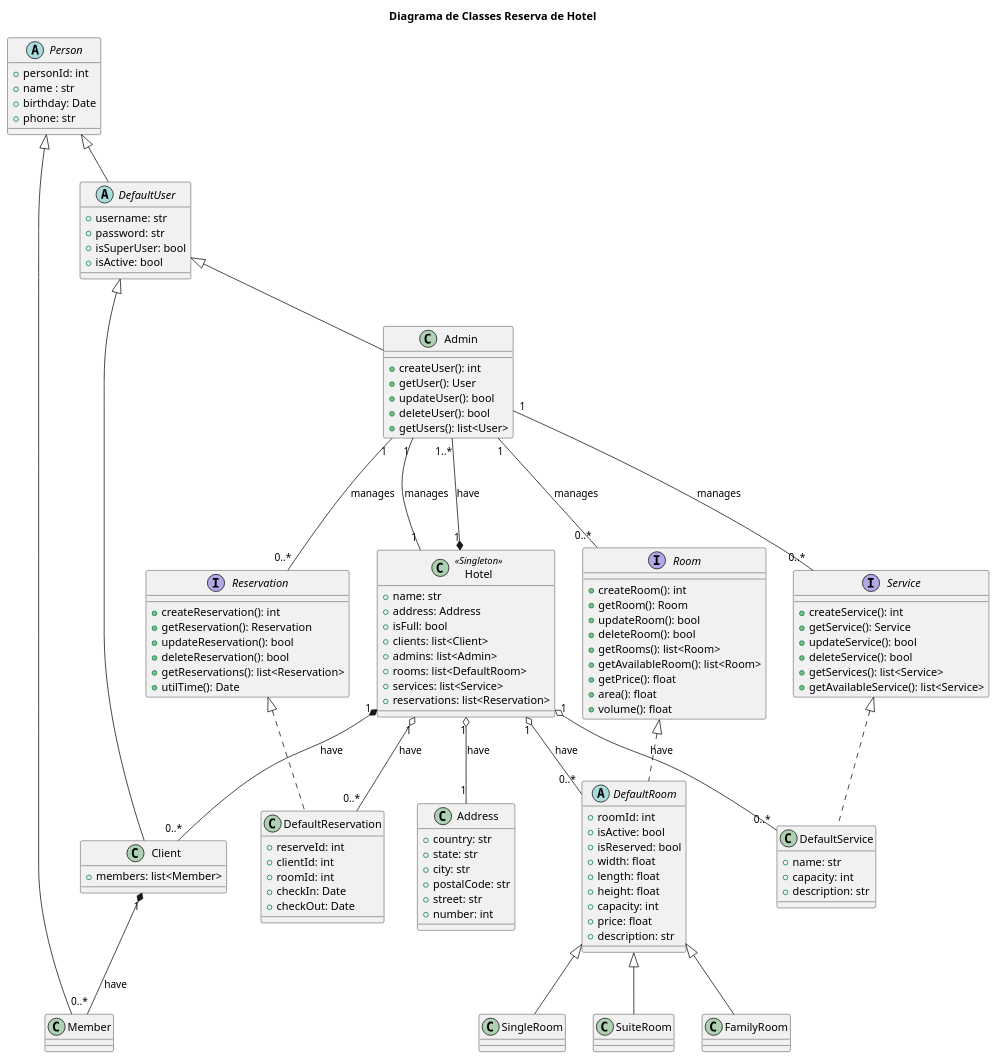
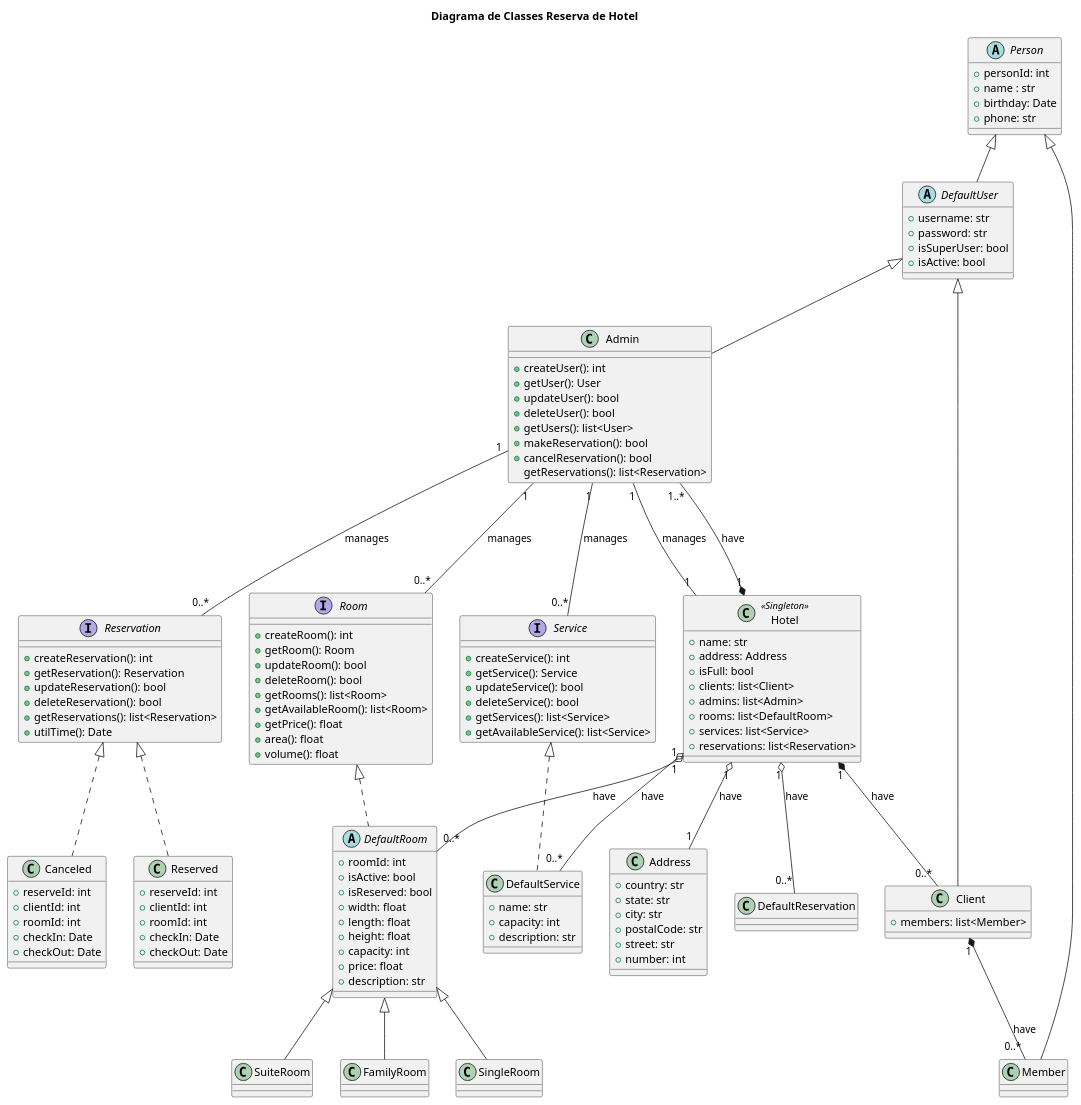
One commit to azmovi/reserva-de-hotel changed the diagram in diagrama_de_classes.iuml. Above: the diagram before and after it, drawn with PlantUML.

Commit message:
commit diagrama

```diff
--- a/diagrama_de_classes.iuml
+++ b/diagrama_de_classes.iuml
@@ -1,139 +1,151 @@
 @startuml
 title Diagrama de Classes Reserva de Hotel
 
 abstract class Person {
     +personId: int 
     +name : str
     +birthday: Date
     +phone: str
 }
 
 
 class Client extends DefaultUser {
-    +members: list<Member> 
+    +members: list<Member>
 }
 
 abstract class DefaultUser extends Person {
     +username: str
     +password: str
     +isSuperUser: bool 
     +isActive: bool 
 }
 
 class Admin extends DefaultUser {
 
     +createUser(): int
     +getUser(): User
     +updateUser(): bool
     +deleteUser(): bool
     +getUsers(): list<User>
+    +makeReservation(): bool
+    +cancelReservation(): bool
+    getReservations(): list<Reservation>
 }
 
 
 class Member extends Person {
 }
 
 
 class Hotel <<Singleton>> {
     +name: str
     +address: Address
     +isFull: bool
     +clients: list<Client>
     +admins: list<Admin>
     +rooms: list<DefaultRoom>
     +services: list<Service>
     +reservations: list<Reservation>
 }
 
 class Address {
     +country: str
     +state: str
     +city: str
     +postalCode: str
     +street: str
     +number: int
 }
 
 interface Room {
     +createRoom(): int
     +getRoom(): Room
     +updateRoom(): bool
     +deleteRoom(): bool
     +getRooms(): list<Room>
     +getAvailableRoom(): list<Room>
     +getPrice(): float
     +area(): float
     +volume(): float
 }
 
 abstract class DefaultRoom implements Room {
     +roomId: int
     +isActive: bool
     +isReserved: bool
     +width: float
     +length: float
     +height: float
     +capacity: int
     +price: float
     +description: str
 }
 
 
 class SingleRoom extends DefaultRoom {
 }
 
 class SuiteRoom extends DefaultRoom {
 }
 
 class FamilyRoom extends DefaultRoom {
 }
 
 interface Service {
     +createService(): int
     +getService(): Service
     +updateService(): bool
     +deleteService(): bool
     +getServices(): list<Service>
     +getAvailableService(): list<Service>
 }
 
 class DefaultService implements Service {
     +name: str
     +capacity: int 
     +description: str
 
 }
 
 interface Reservation {
     +createReservation(): int
     +getReservation(): Reservation
     +updateReservation(): bool
     +deleteReservation(): bool
     +getReservations(): list<Reservation>
     +utilTime(): Date
 }
 
-class DefaultReservation implements Reservation {
+class Reserved implements Reservation {
     +reserveId: int
-    +clientId: int 
-    +roomId: int 
+    +clientId: int
+    +roomId: int
     +checkIn: Date
     +checkOut: Date
+}
 
+class Canceled implements Reservation {
+    +reserveId: int
+    +clientId: int
+    +roomId: int
+    +checkIn: Date
+    +checkOut: Date
 }
+
+
 
 Hotel "1" o-- "1"     Address: have
 Hotel "1" *-- "1..*"  Admin: have
 Hotel "1" *-- "0..*"  Client: have
 Hotel "1" o-- "0..*"  DefaultRoom: have
 Hotel "1" o-- "0..*"  DefaultService: have
 Hotel "1" o-- "0..*"  DefaultReservation: have
 
 Admin "1" --- "0..*"  Service: manages
 Admin "1" --- "0..*"  Room: manages
 Admin "1" --- "0..*"  Reservation: manages
 Admin "1" --- "1"     Hotel: manages
 
 
 Client "1" *-- "0..*" Member: have
 @enduml
```
